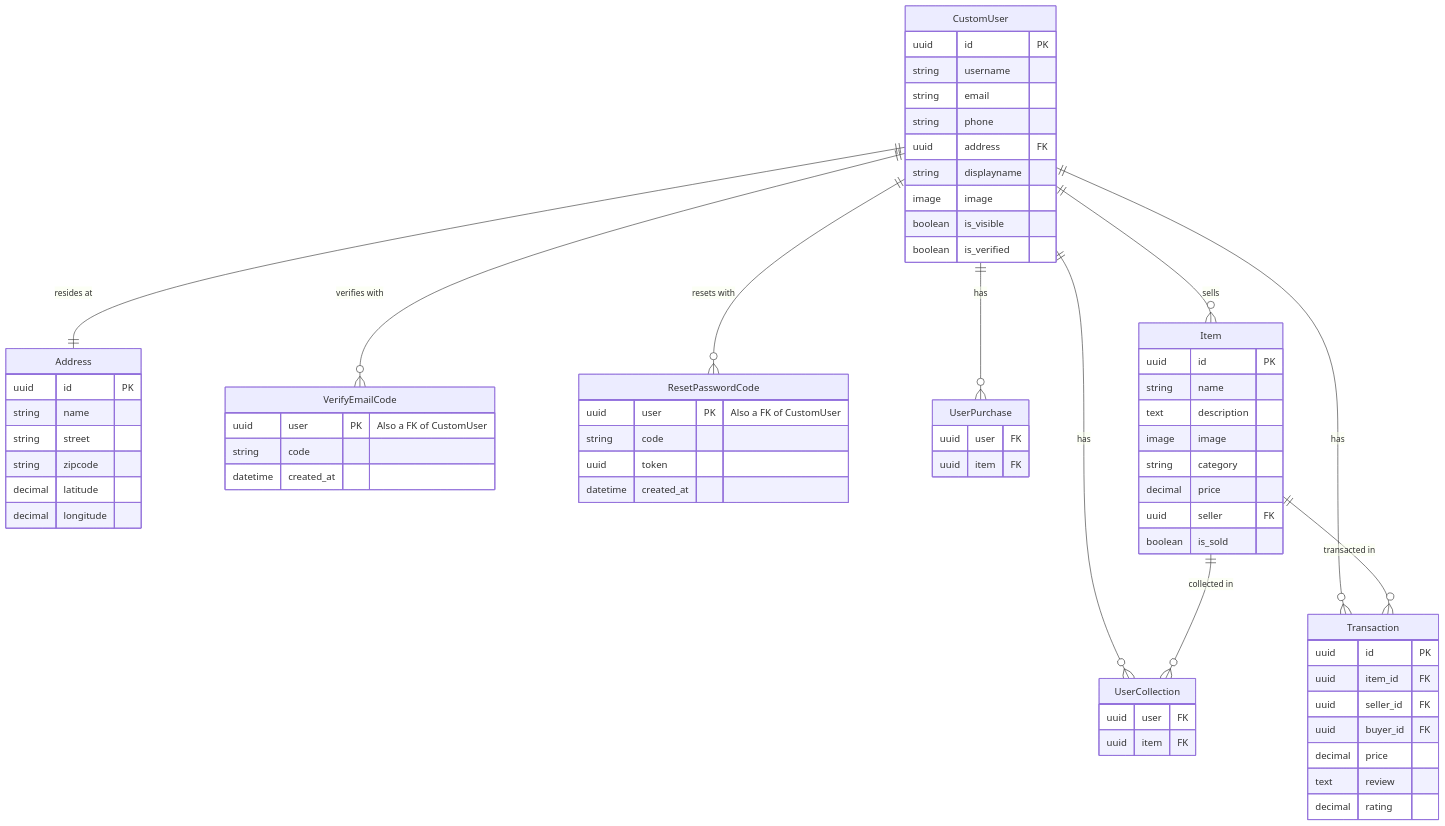
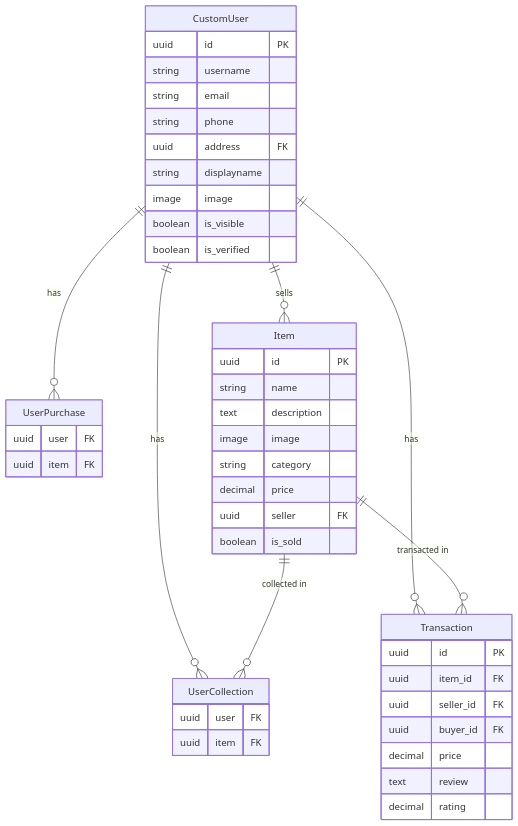
Before and after one commit to cs421sp24-homework/project-team-05: the second of 2 diagrams in Documentation.md, drawn with Mermaid.

````diff
--- a/Documentation.md
+++ b/Documentation.md
@@ -272,79 +315,52 @@
-```mermaid 
+```mermaid
 erDiagram
-    Address {
-        uuid id PK
-        string name
-        string street
-        string zipcode
-        decimal latitude
-        decimal longitude
-    }
-
-    VerifyEmailCode {
-        uuid user PK "Also a FK of CustomUser"
-        string code
-        datetime created_at
-    }
-
-    ResetPasswordCode {
-        uuid user PK "Also a FK of CustomUser"
-        string code
-        uuid token
-        datetime created_at
-    }
-
     CustomUser {
         uuid id PK
         string username
         string email
         string phone
         uuid address FK
         string displayname
         image image
         boolean is_visible
         boolean is_verified
     }
 
     UserCollection {
         uuid user FK
         uuid item FK
     }
 
     UserPurchase {
         uuid user FK
         uuid item FK
     }
 
     Item {
         uuid id PK
         string name
         text description
         image image
         string category
         decimal price
         uuid seller FK
         boolean is_sold
     }
 
     Transaction {
         uuid id PK
         uuid item_id FK
         uuid seller_id FK
         uuid buyer_id FK
         decimal price
         text review
         decimal rating
     }
 
-    CustomUser ||--|| Address : "resides at"
-    CustomUser ||--o{ VerifyEmailCode : "verifies with"
-    CustomUser ||--o{ ResetPasswordCode : "resets with"
     CustomUser ||--o{ Item : "sells"
     CustomUser ||--o{ Transaction : "has"
     CustomUser ||--o{ UserPurchase : "has"
     CustomUser ||--o{ UserCollection : "has"
     Item ||--o{ UserCollection : "collected in"
     Item ||--o{ Transaction : "transacted in"
-
-
 ```
````
